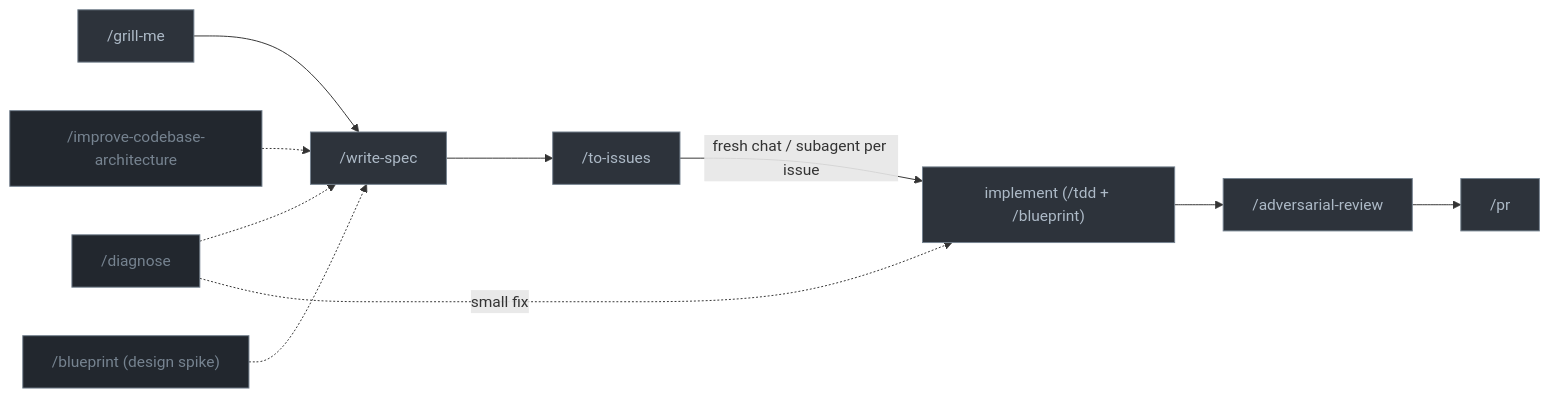
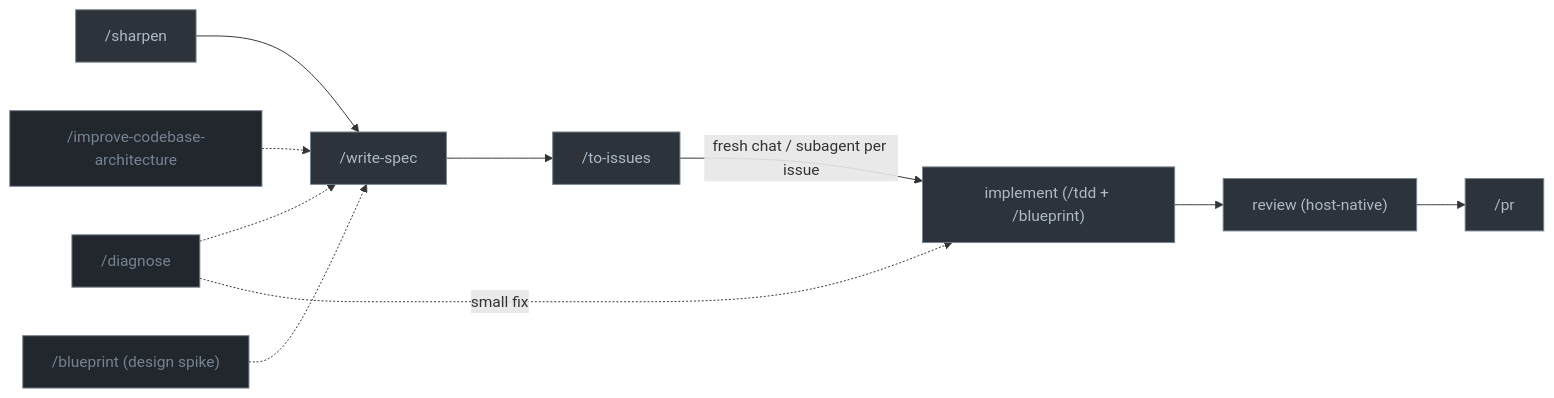
One commit to kpeez/agent-toolbox changed the diagram in README.md. Above: the diagram before and after it, drawn with Mermaid. The commit also changed other lines of this file and 30 other files, not shown here.

First line of the commit message:
knack 1.1.2: add deliberate, rename grill-me→sharpen, skill-set revamp (#32)

````diff
--- a/README.md
+++ b/README.md
@@ -128,22 +133,22 @@
 ```mermaid
 graph LR
-  G["/grill-me"] --> A["/write-spec"]
+  G["/sharpen"] --> A["/write-spec"]
   X["/diagnose"] -.-> A
   Y["/improve-codebase-architecture"] -.-> A
   A --> I["/to-issues"]
   I -->|"fresh chat / subagent per issue"| B["implement (/tdd + /blueprint)"]
-  B --> C["/adversarial-review"]
+  B --> C["review (host-native)"]
   C --> D["/pr"]
   X -.->|"small fix"| B
   P["/blueprint (design spike)"] -.-> A
 
 style G fill:#2d333b,stroke:#768390,color:#adbac7
 style A fill:#2d333b,stroke:#768390,color:#adbac7
 style I fill:#2d333b,stroke:#768390,color:#adbac7
 style B fill:#2d333b,stroke:#768390,color:#adbac7
 style C fill:#2d333b,stroke:#768390,color:#adbac7
 style D fill:#2d333b,stroke:#768390,color:#adbac7
 style X fill:#22272e,stroke:#768390,color:#768390
 style Y fill:#22272e,stroke:#768390,color:#768390
 style P fill:#22272e,stroke:#768390,color:#768390
 ```
````
